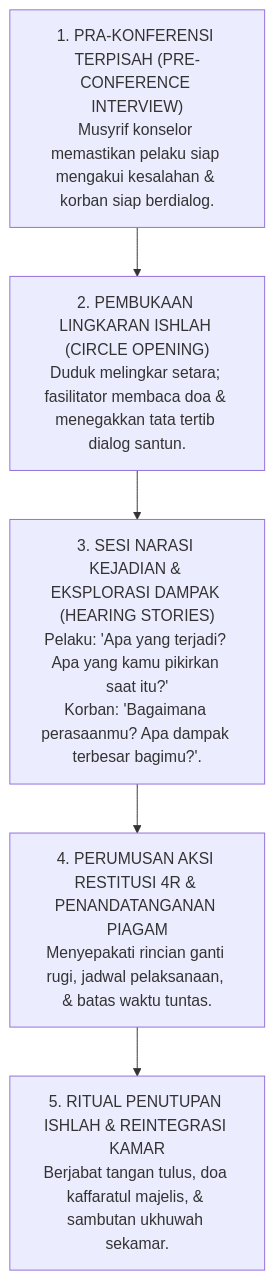
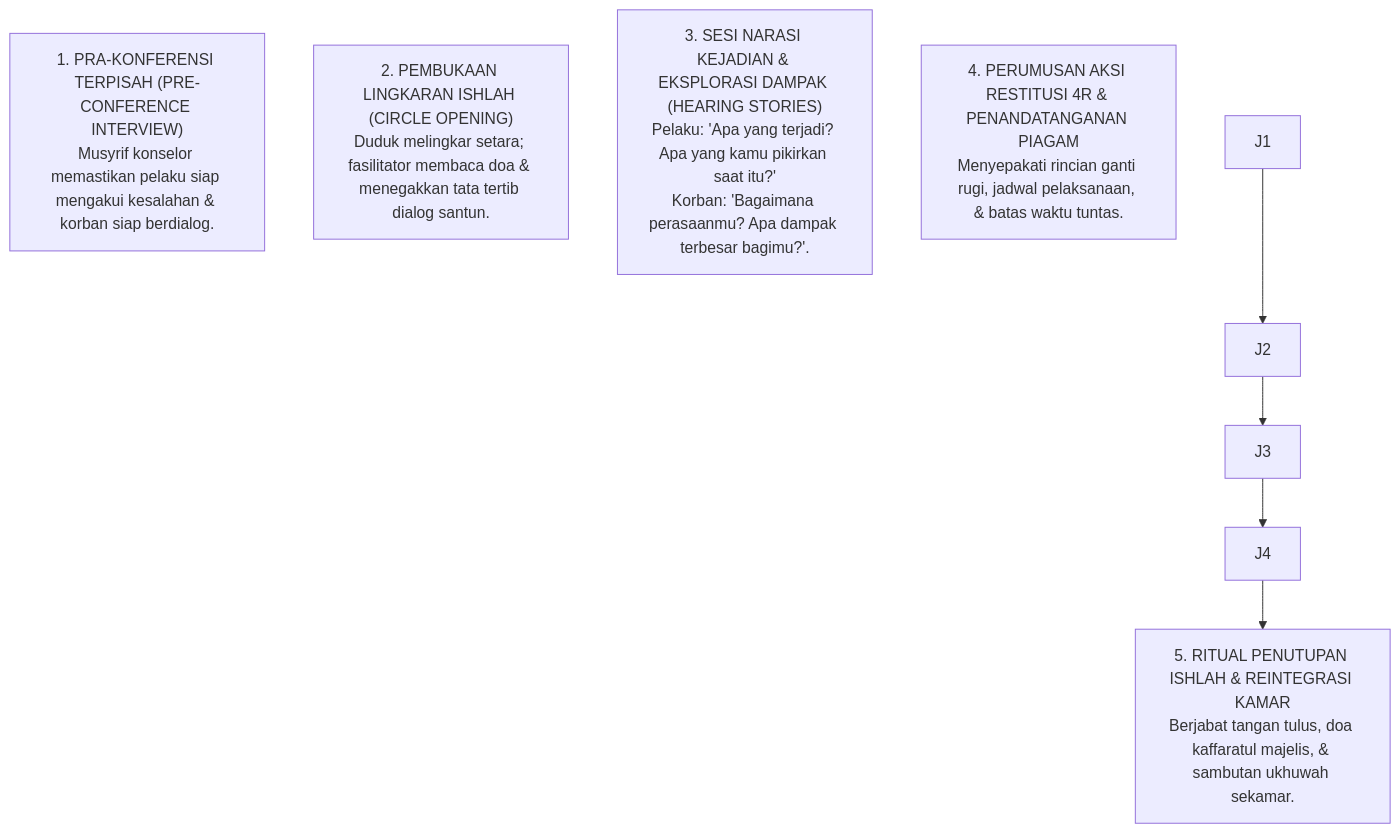
Before and after one commit to wandiapriliyandi/tumbuh: the sixth of 6 diagrams in 02 Principles/06 Intervention Principles/P2-06-04-Prinsip-Restorative-Conferencing-dan-Ishlah.md, drawn with Mermaid. The commit also changed 209 other files, not shown here.

````diff
--- a/02 Principles/06 Intervention Principles/P2-06-04-Prinsip-Restorative-Conferencing-dan-Ishlah.md
+++ b/02 Principles/06 Intervention Principles/P2-06-04-Prinsip-Restorative-Conferencing-dan-Ishlah.md
@@ -223,14 +223,14 @@
 ```mermaid
 flowchart TD
     T1["1. PRA-KONFERENSI TERPISAH (PRE-CONFERENCE INTERVIEW)<br/>Musyrif konselor memastikan pelaku siap mengakui kesalahan & korban siap berdialog."]
     
     T2["2. PEMBUKAAN LINGKARAN ISHLAH (CIRCLE OPENING)<br/>Duduk melingkar setara; fasilitator membaca doa & menegakkan tata tertib dialog santun."]
     
     T3["3. SESI NARASI KEJADIAN & EKSPLORASI DAMPAK (HEARING STORIES)<br/>Pelaku: 'Apa yang terjadi? Apa yang kamu pikirkan saat itu?'<br/>Korban: 'Bagaimana perasaanmu? Apa dampak terbesar bagimu?'."]
     
     T4["4. PERUMUSAN AKSI RESTITUSI 4R & PENANDATANGANAN PIAGAM<br/>Menyepakati rincian ganti rugi, jadwal pelaksanaan, & batas waktu tuntas."]
     
     T5["5. RITUAL PENUTUPAN ISHLAH & REINTEGRASI KAMAR<br/>Berjabat tangan tulus, doa kaffaratul majelis, & sambutan ukhuwah sekamar."]
     
-    T1 --> T2 --> T3 --> T4 --> T5
+    J1 --> J2 --> J3 --> J4 --> T5
 ```
````
